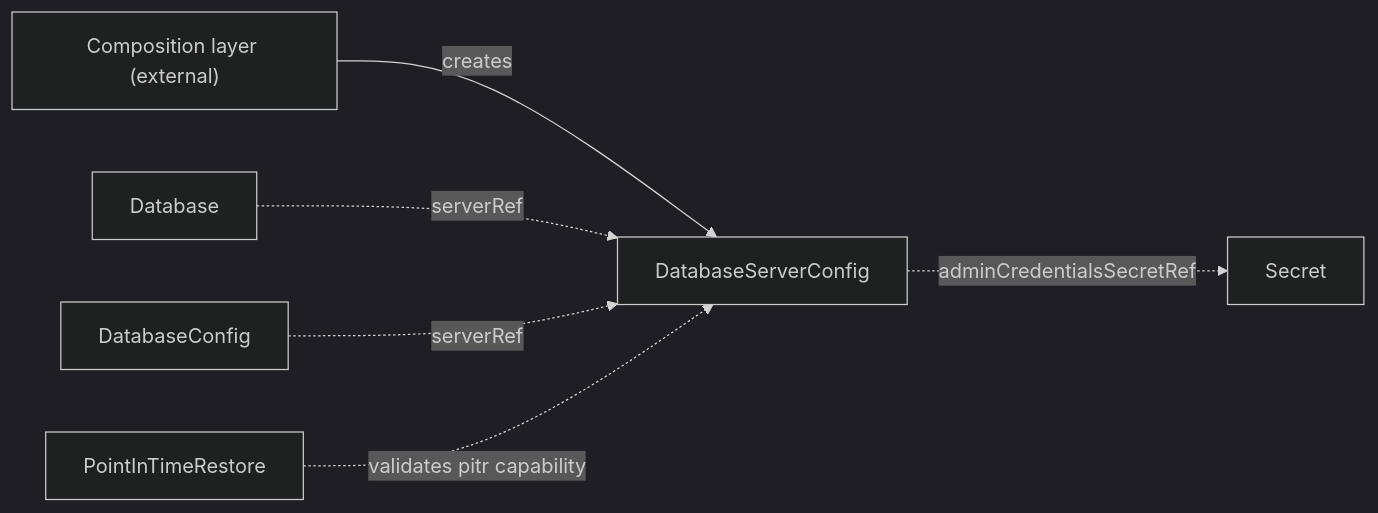
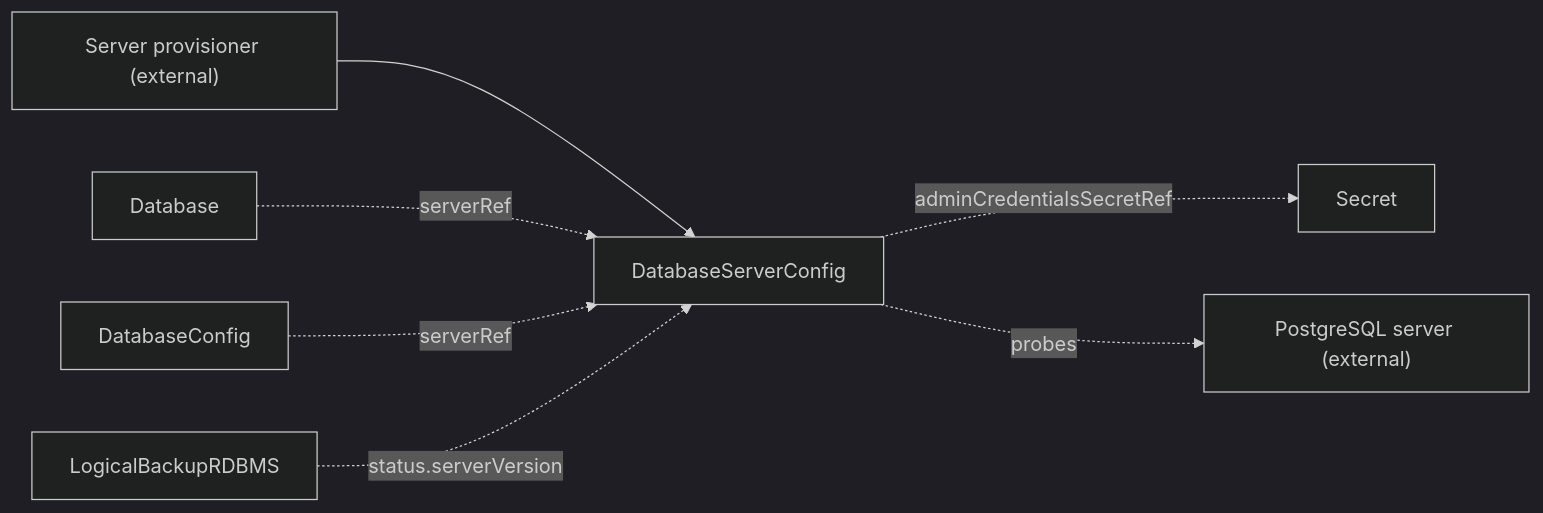
One commit to konsole-is/camunda-operator changed the diagram in docs/crds/databaseserverconfig.md. Above: the diagram before and after it, drawn with Mermaid (dark theme). The commit also changed other lines of this file and 30 other files, not shown here.

````diff
--- a/docs/crds/databaseserverconfig.md
+++ b/docs/crds/databaseserverconfig.md
@@ -32,8 +22,9 @@
 ```mermaid
 graph LR
-    COMP["Composition layer (external)"] -->|creates| DBSC[DatabaseServerConfig]
+    EXT["Server provisioner (external)"] --> DBSC[DatabaseServerConfig]
     DBSC -.->|adminCredentialsSecretRef| SEC[Secret]
+    DBSC -.->|probes| PG["PostgreSQL server (external)"]
     DB[Database] -.->|serverRef| DBSC
     DBC[DatabaseConfig] -.->|serverRef| DBSC
-    PITR[PointInTimeRestore] -.->|validates pitr capability| DBSC
+    LBR[LogicalBackupRDBMS] -.->|status.serverVersion| DBSC
 ```
````
